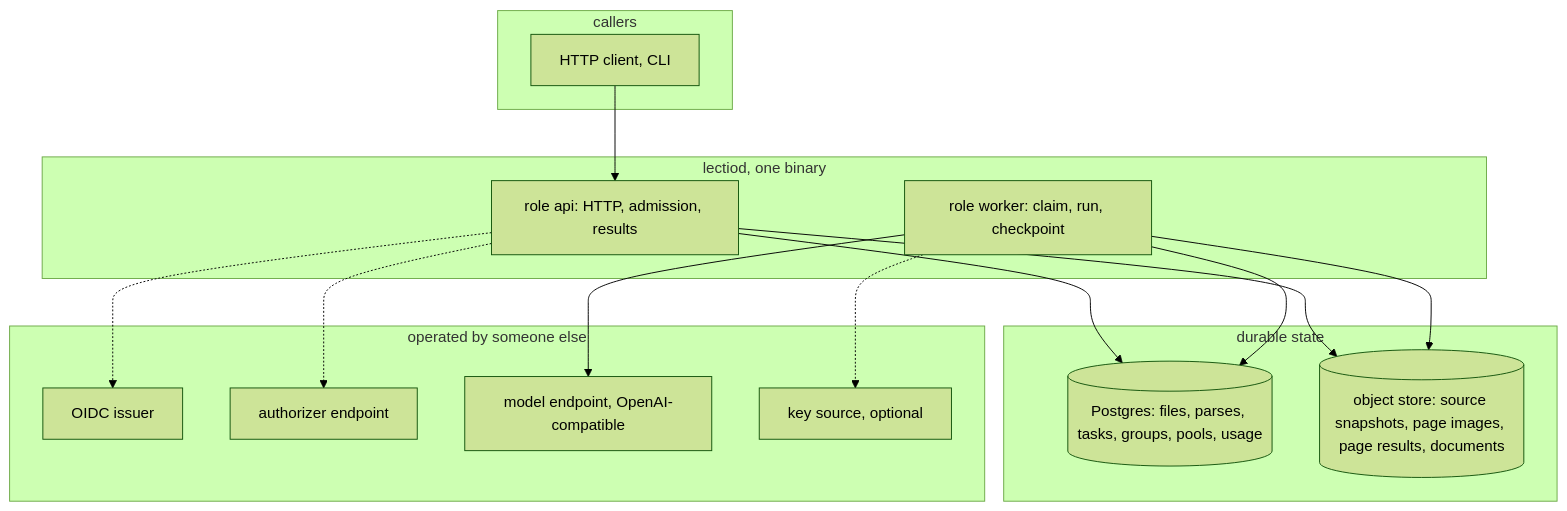
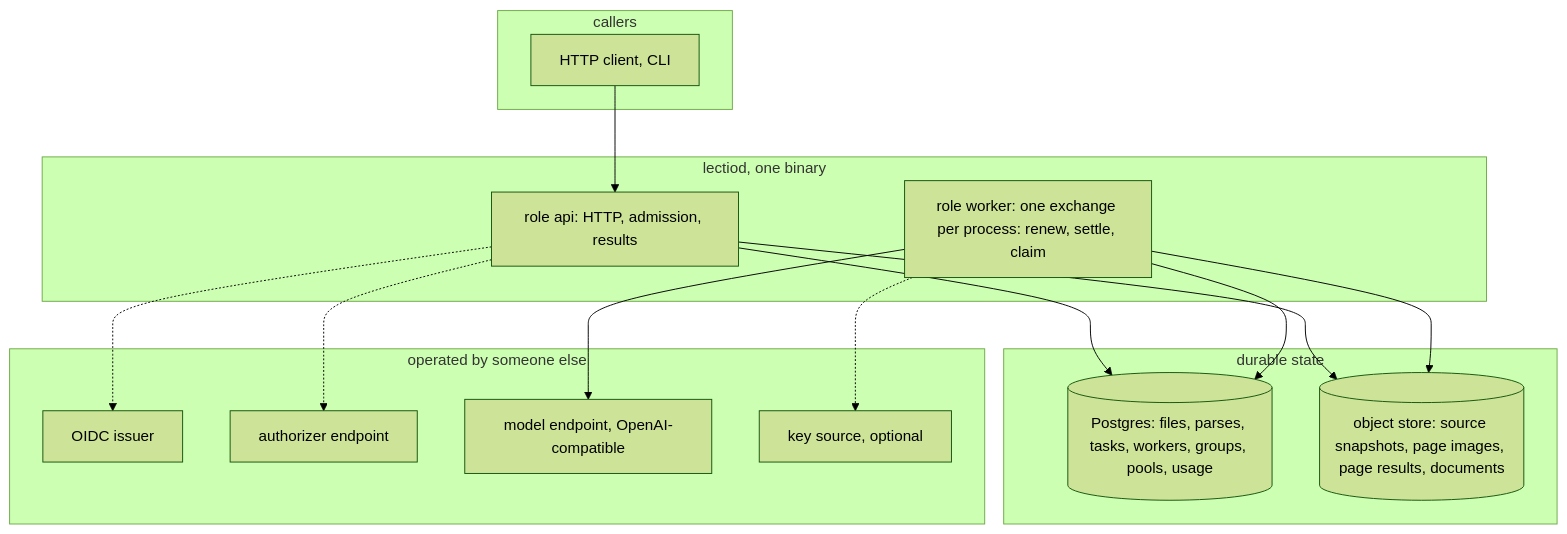
The first of 2 diagrams in specs/001-architecture.md (latere-ai/lectio), drawn with Mermaid (forest theme) before and after one commit. The commit also changed other lines of this file and 7 other files, not shown here.

````diff
--- a/specs/001-architecture.md
+++ b/specs/001-architecture.md
@@ -49,29 +49,29 @@
 ```mermaid
 flowchart TB
   subgraph clients["callers"]
     sdk["HTTP client, CLI"]
   end
   subgraph lectiod["lectiod, one binary"]
     api["role api: HTTP, admission, results"]
-    wrk["role worker: claim, run, checkpoint"]
+    wrk["role worker: one exchange per process: renew, settle, claim"]
   end
   subgraph state["durable state"]
-    pg[("Postgres: files, parses, tasks, groups, pools, usage")]
+    pg[("Postgres: files, parses, tasks, workers, groups, pools, usage")]
     obj[("object store: source snapshots, page images, page results, documents")]
   end
   subgraph outside["operated by someone else"]
     iss["OIDC issuer"]
     az["authorizer endpoint"]
     mdl["model endpoint, OpenAI-compatible"]
     keys["key source, optional"]
   end
   sdk --> api
   api --> pg
   api --> obj
   wrk --> pg
   wrk --> obj
   wrk --> mdl
   wrk -.-> keys
   api -.-> iss
   api -.-> az
 ```
````
